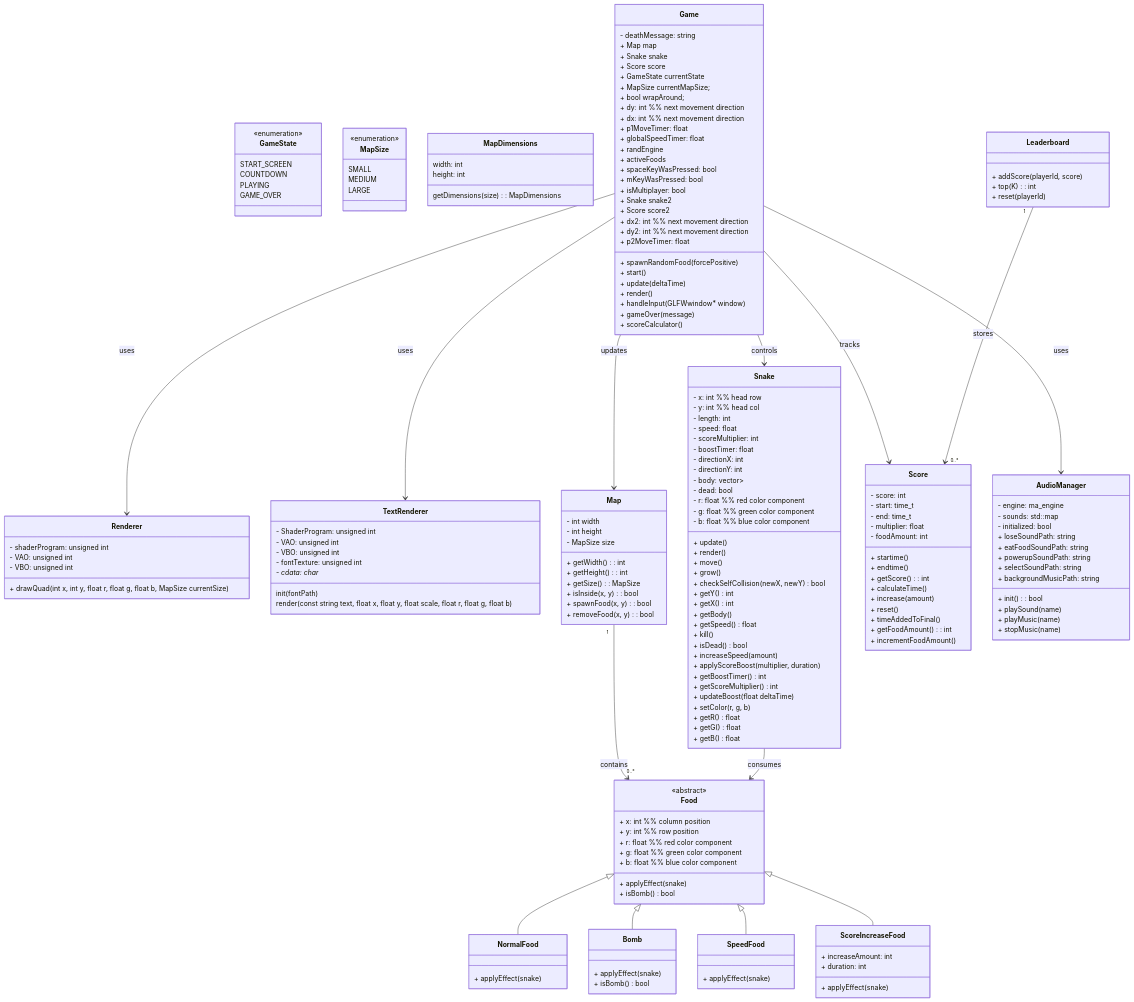
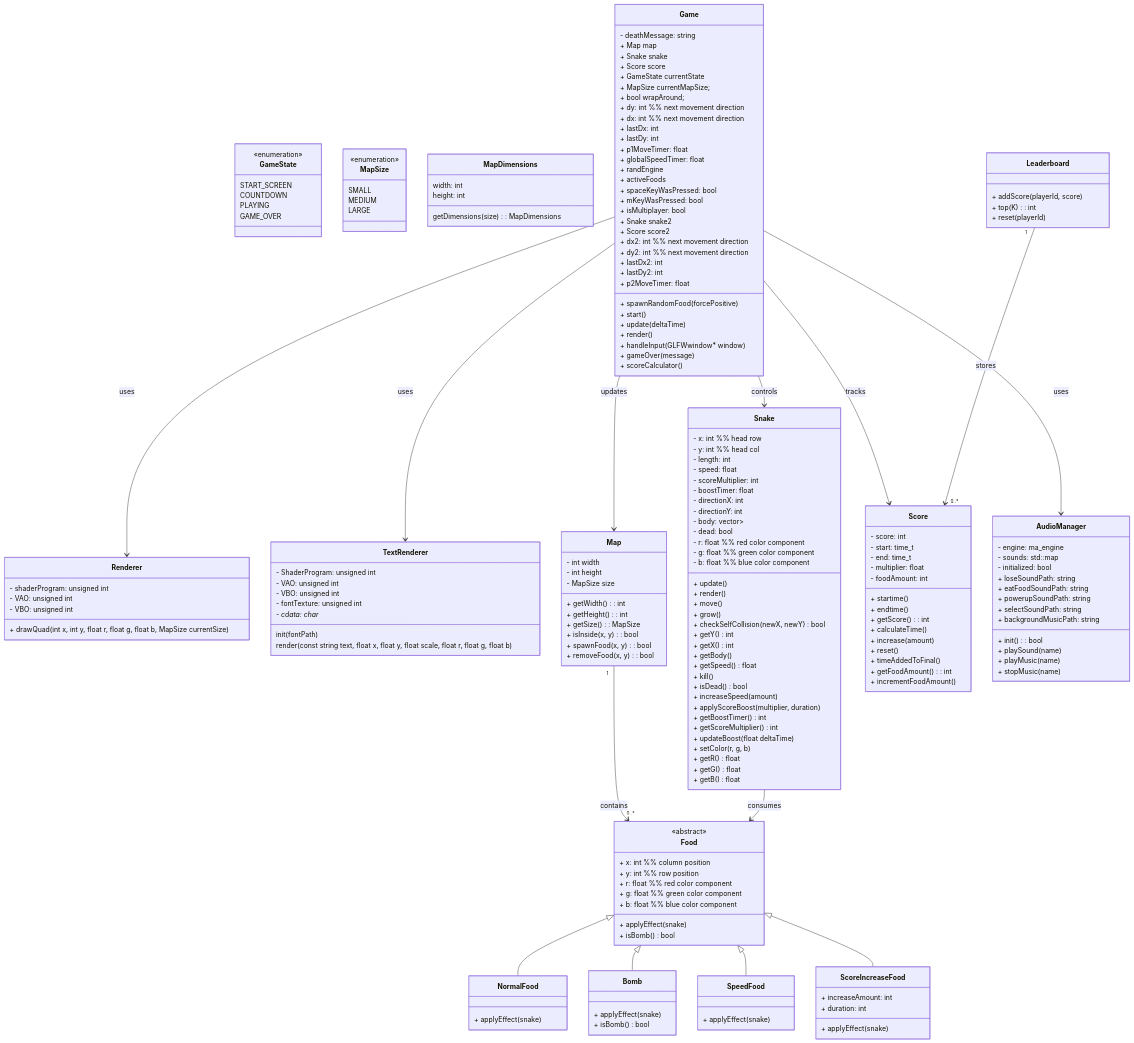
The diagram in README.md (KhioneWinter/PA5-Snake), drawn with Mermaid before and after one commit. The commit also changed 2 other files, not shown here.

Commit message:
can't go into itself

```diff
--- a/README.md
+++ b/README.md
@@ -213,6 +213,8 @@
 
     + dy: int %% next movement direction
     + dx: int %% next movement direction
+    + lastDx: int
+    + lastDy: int
     + p1MoveTimer: float
     + globalSpeedTimer: float
 
@@ -238,6 +240,8 @@
     + Score score2
     + dx2: int  %% next movement direction
     + dy2: int  %% next movement direction
+    + lastDx2: int
+    + lastDy2: int
     + p2MoveTimer: float
 }
 
```
